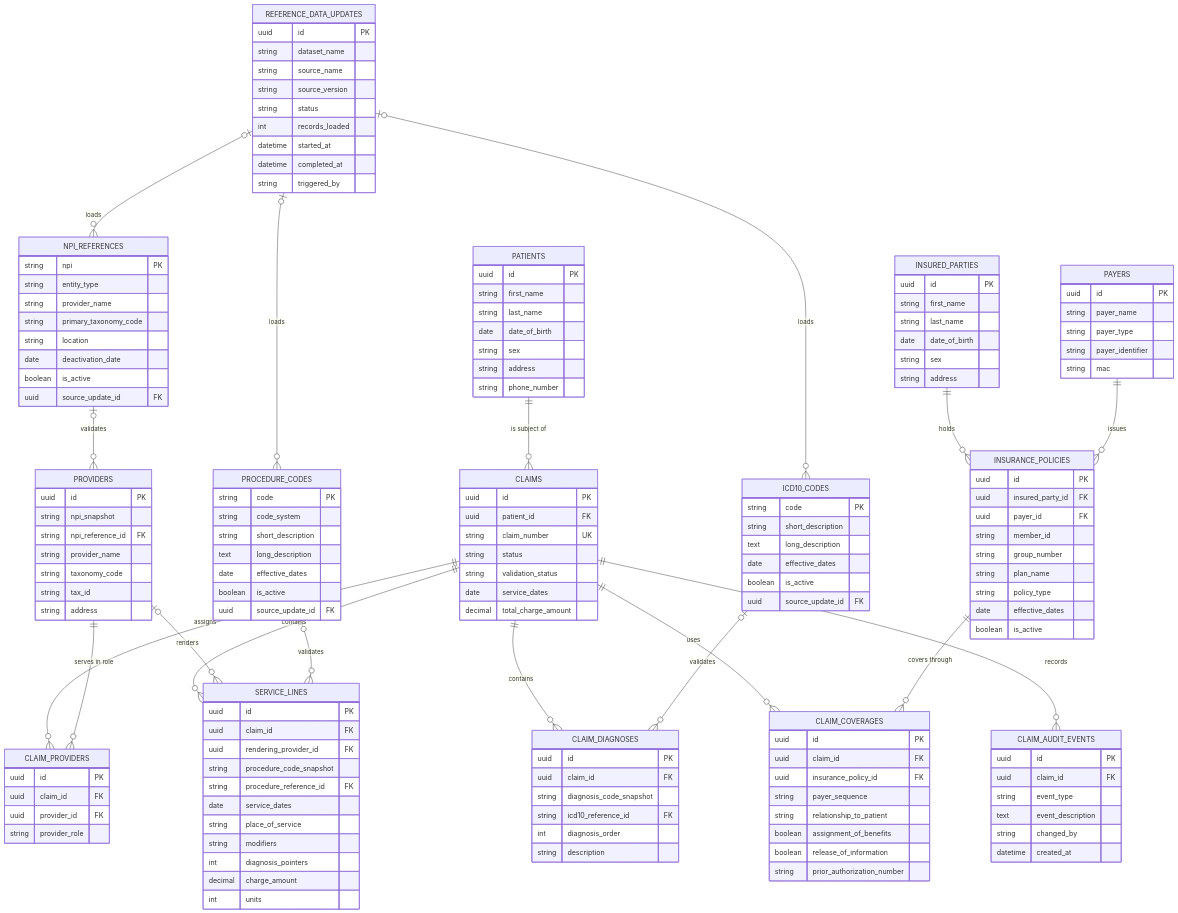
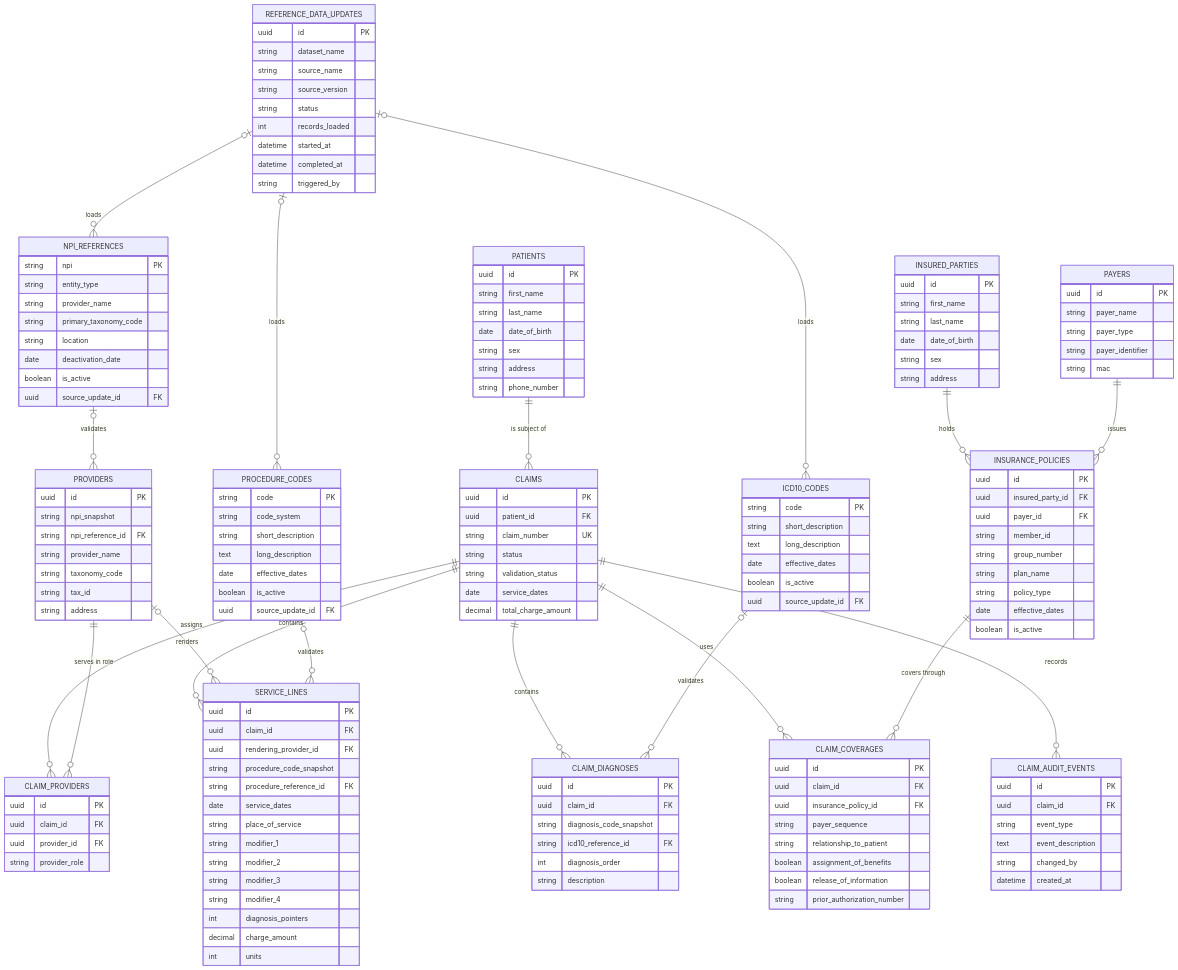
One commit to ChaoLabs/emr-claim-entry-portal changed the diagram in docs/database/cms1500-erd.md. Above: the diagram before and after it, drawn with Mermaid. The commit also changed 2 other files, not shown here.

Commit message:
Document and verify four service-line modifiers

```diff
--- a/docs/database/cms1500-erd.md
+++ b/docs/database/cms1500-erd.md
@@ -120,7 +120,10 @@
         string procedure_reference_id FK
         date service_dates
         string place_of_service
-        string modifiers
+        string modifier_1
+        string modifier_2
+        string modifier_3
+        string modifier_4
         int diagnosis_pointers
         decimal charge_amount
         int units
```
